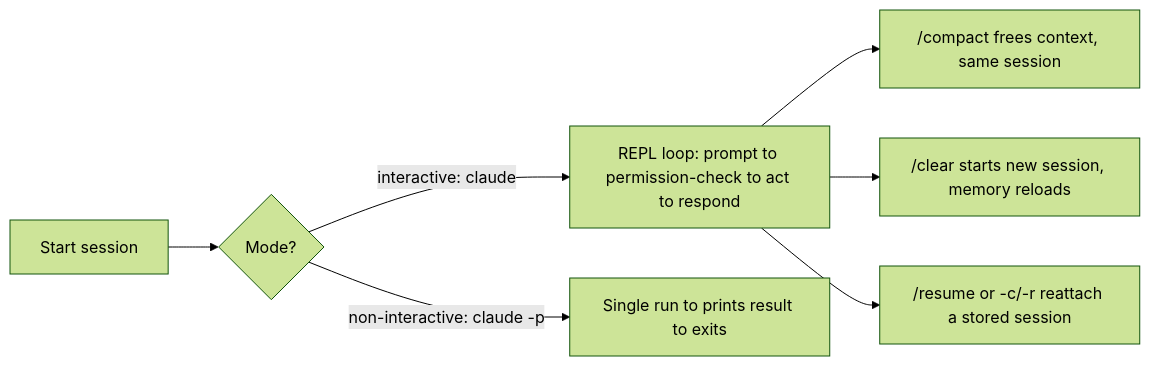
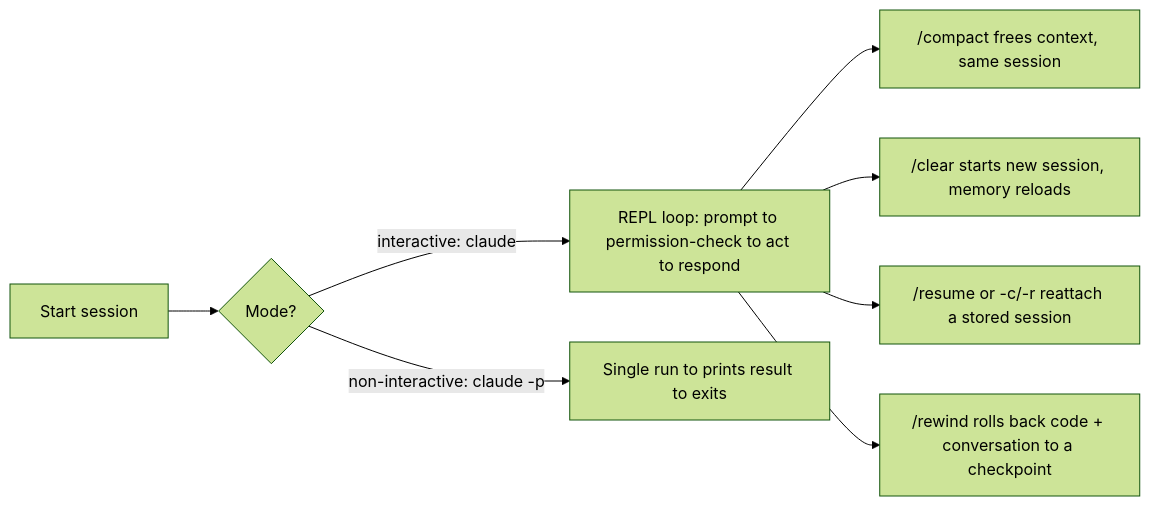
Before and after one commit to arunksoman/claude-mock-exams: the first of 3 diagrams in src/lib/notes/content/claude-code.md, drawn with Mermaid (forest theme). The commit also changed other lines of this file and 9 other files, not shown here.

````diff
--- a/src/lib/notes/content/claude-code.md
+++ b/src/lib/notes/content/claude-code.md
@@ -56,9 +58,10 @@
 ```mermaid
 flowchart LR
     A[Start session] --> B{Mode?}
     B -->|interactive: claude| C[REPL loop: prompt to permission-check to act to respond]
     B -->|non-interactive: claude -p| D[Single run to prints result to exits]
     C --> E["/compact frees context, same session"]
     C --> F["/clear starts new session, memory reloads"]
     C --> G["/resume or -c/-r reattach a stored session"]
+    C --> H["/rewind rolls back code + conversation to a checkpoint"]
 ```
````
